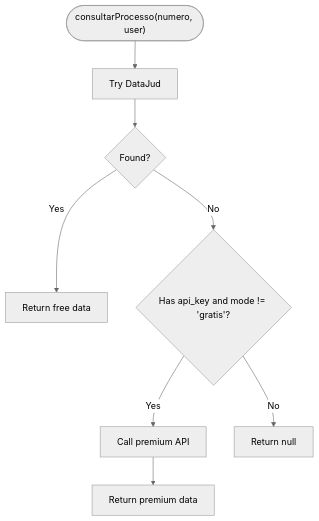
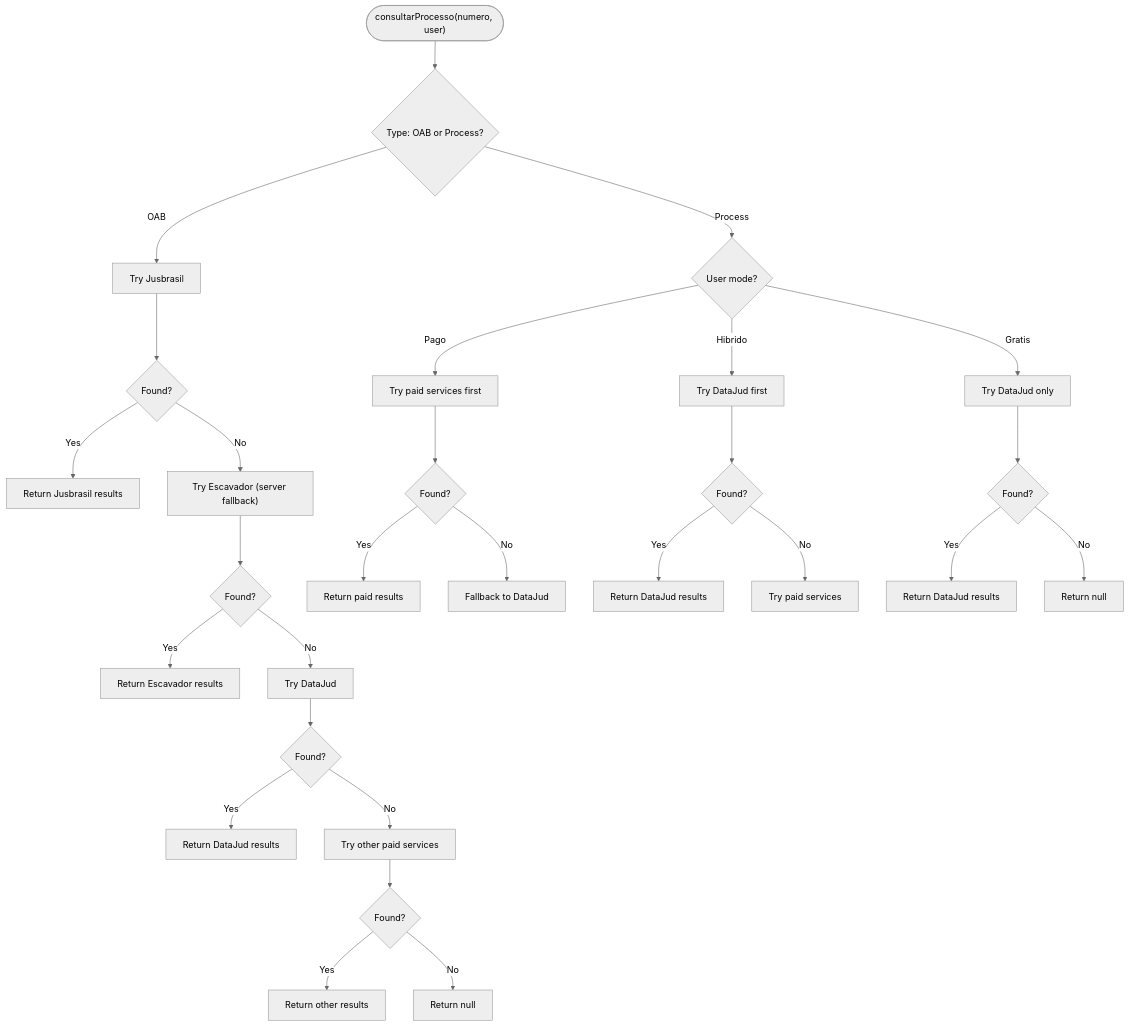
One commit to Alexandrexicara/bot-processos changed the sixth of 9 diagrams in .qoder/repowiki/en/content/Telegram Bot Integration/Telegram Bot Integration.md. Above: the diagram before and after it, drawn with Mermaid (neutral theme). The commit also changed other lines of this file and 10 other files, not shown here.

````diff
--- a/.qoder/repowiki/en/content/Telegram Bot Integration/Telegram Bot Integration.md
+++ b/.qoder/repowiki/en/content/Telegram Bot Integration/Telegram Bot Integration.md
@@ -234,10 +313,30 @@
 ```mermaid
 flowchart TD
-Start(["consultarProcesso(numero, user)"]) --> TryFree["Try DataJud"]
-TryFree --> FoundFree{"Found?"}
-FoundFree --> |Yes| ReturnFree["Return free data"]
-FoundFree --> |No| CheckMode{"Has api_key and mode != 'gratis'?"}
-CheckMode --> |Yes| TryPaid["Call premium API"]
-TryPaid --> ReturnPaid["Return premium data"]
-CheckMode --> |No| ReturnNull["Return null"]
+Start(["consultarProcesso(numero, user)"]) --> CheckType{"Type: OAB or Process?"}
+CheckType --> |OAB| TryJB["Try Jusbrasil"]
+TryJB --> JBFound{"Found?"}
+JBFound --> |Yes| ReturnJB["Return Jusbrasil results"]
+JBFound --> |No| TryES["Try Escavador (server fallback)"]
+TryES --> ESFound{"Found?"}
+ESFound --> |Yes| ReturnES["Return Escavador results"]
+ESFound --> |No| TryDJ["Try DataJud"]
+TryDJ --> DJFound{"Found?"}
+DJFound --> |Yes| ReturnDJ["Return DataJud results"]
+DJFound --> |No| TryOther["Try other paid services"]
+TryOther --> OtherFound{"Found?"}
+OtherFound --> |Yes| ReturnOther["Return other results"]
+OtherFound --> |No| ReturnNull["Return null"]
+CheckType --> |Process| CheckMode{"User mode?"}
+CheckMode --> |Pago| TryPaid["Try paid services first"]
+CheckMode --> |Hibrido| TryDJ2["Try DataJud first"]
+CheckMode --> |Gratis| TryDJ3["Try DataJud only"]
+TryPaid --> PaidFound{"Found?"}
+PaidFound --> |Yes| ReturnPaid["Return paid results"]
+PaidFound --> |No| TryDJ4["Fallback to DataJud"]
+TryDJ2 --> DJFound2{"Found?"}
+DJFound2 --> |Yes| ReturnDJ2["Return DataJud results"]
+DJFound2 --> |No| TryPaid2["Try paid services"]
+TryDJ3 --> DJFound3{"Found?"}
+DJFound3 --> |Yes| ReturnDJ3["Return DataJud results"]
+DJFound3 --> |No| ReturnNull2["Return null"]
 ```
````
